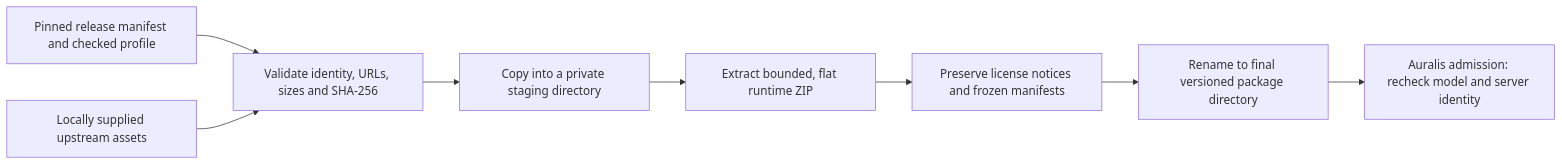
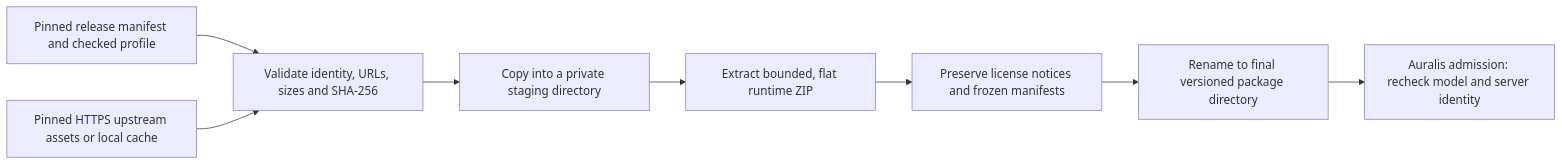
The diagram in docs/architecture/007-model-installation.md (Ermolz69/auralis-translate), drawn with Mermaid before and after one commit. The commit also changed other lines of this file and 18 other files, not shown here.

First line of the commit message:
feat(installer): download pinned release assets with resume

````diff
--- a/docs/architecture/007-model-installation.md
+++ b/docs/architecture/007-model-installation.md
@@ -9,10 +9,10 @@
 ```mermaid
 flowchart LR
     M["Pinned release manifest and checked profile"] --> V["Validate identity, URLs, sizes and SHA-256"]
-    A["Locally supplied upstream assets"] --> V
+    A["Pinned HTTPS upstream assets or local cache"] --> V
     V --> S["Copy into a private staging directory"]
     S --> X["Extract bounded, flat runtime ZIP"]
     X --> N["Preserve license notices and frozen manifests"]
     N --> P["Rename to final versioned package directory"]
     P --> D["Auralis admission: recheck model and server identity"]
 ```
````
